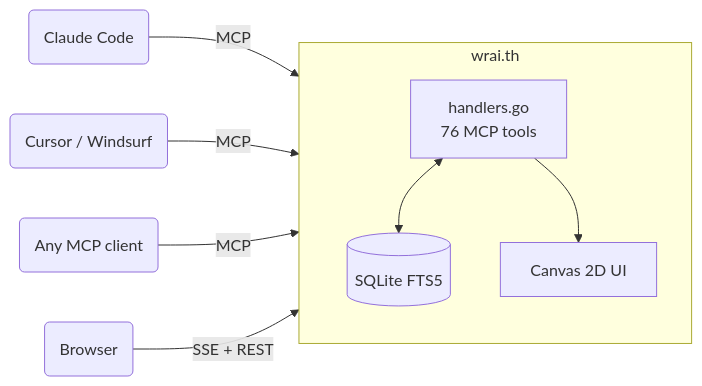
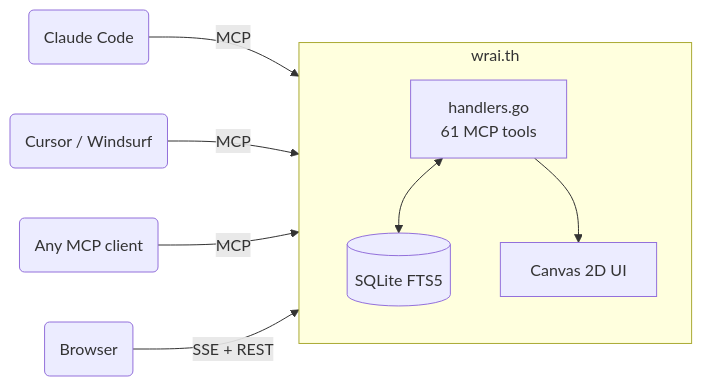
One commit to Synergix-lab/WRAI.TH changed the diagram in README.md. Above: the diagram before and after it, drawn with Mermaid. The commit also changed other lines of this file and 24 other files, not shown here.

````diff
--- a/README.md
+++ b/README.md
@@ -810,15 +808,15 @@
 ```mermaid
 flowchart LR
     A1(Claude Code) -->|MCP| R
     A2(Cursor / Windsurf) -->|MCP| R
     A3(Any MCP client) -->|MCP| R
     B(Browser) -->|SSE + REST| R
 
     subgraph R[wrai.th]
-        H[handlers.go<br>76 MCP tools]
+        H[handlers.go<br>61 MCP tools]
         DB[(SQLite FTS5)]
         UI[Canvas 2D UI]
         H <--> DB
         H --> UI
     end
 ```
````
